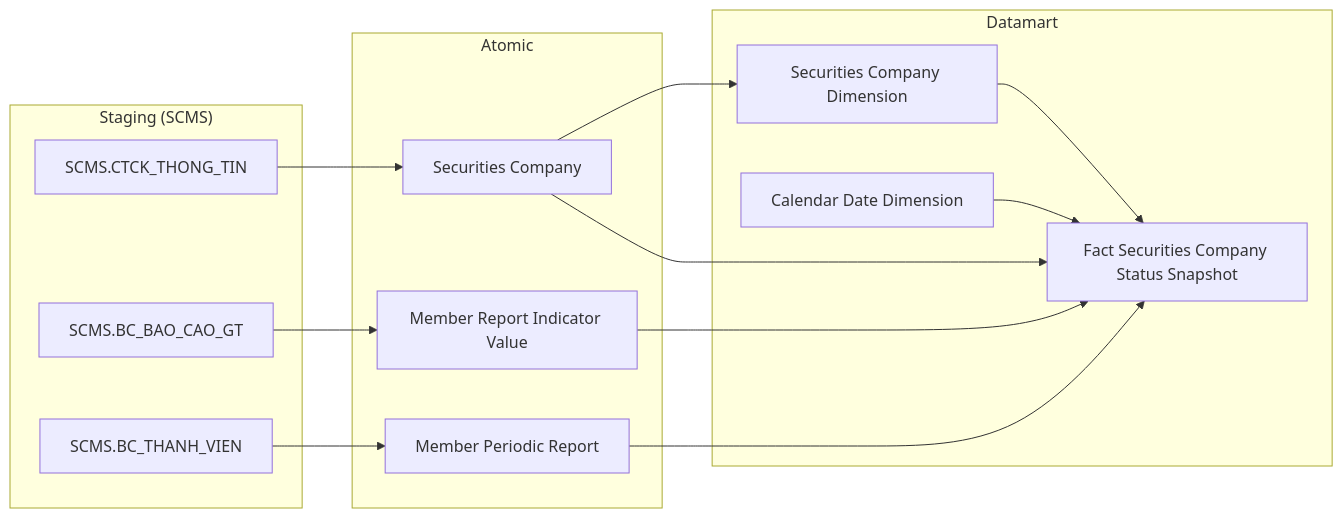
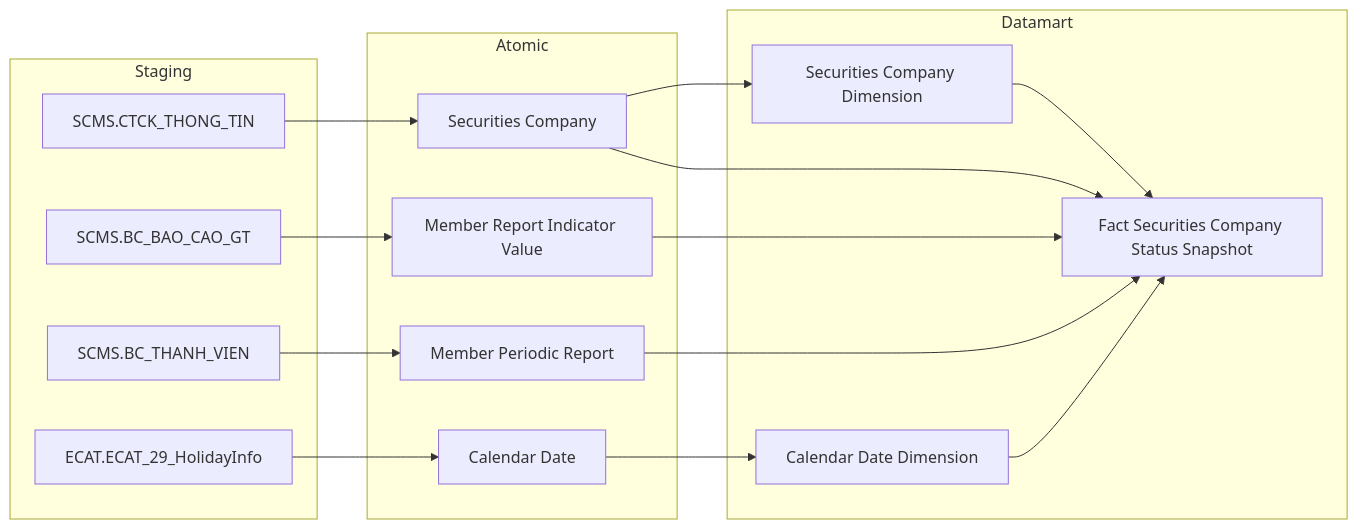
The first of 40 diagrams in Datamart/hld/DTM_QLKD_HLD.md (linhlvit/ubck_atomic_design), drawn with Mermaid before and after one commit. The commit also changed other lines of this file and 7 other files, not shown here.

````diff
--- a/Datamart/hld/DTM_QLKD_HLD.md
+++ b/Datamart/hld/DTM_QLKD_HLD.md
@@ -14,32 +14,36 @@
 ```mermaid
 flowchart LR
-    subgraph SRC["Staging (SCMS)"]
+    subgraph SRC["Staging"]
         S1["SCMS.CTCK_THONG_TIN"]
         S2["SCMS.BC_BAO_CAO_GT"]
         S3["SCMS.BC_THANH_VIEN"]
+        ECAT_ECAT_29_HolidayInfo["ECAT.ECAT_29_HolidayInfo"]
     end
 
     subgraph SIL["Atomic"]
         SV1["Securities Company"]
         SV2["Member Report Indicator Value"]
         SV3["Member Periodic Report"]
+        Calendar_Date["Calendar Date"]
     end
 
     subgraph Datamart["Datamart"]
         G1["Fact Securities Company Status Snapshot"]
         G2["Securities Company Dimension"]
         G3["Calendar Date Dimension"]
     end
 
     S1 --> SV1
     S2 --> SV2
     S3 --> SV3
+    ECAT_ECAT_29_HolidayInfo --> Calendar_Date
 
     SV1 --> G2
     SV1 --> G1
     SV2 --> G1
     SV3 --> G1
+    Calendar_Date --> G3
 
     G2 --> G1
     G3 --> G1
 ```
````
